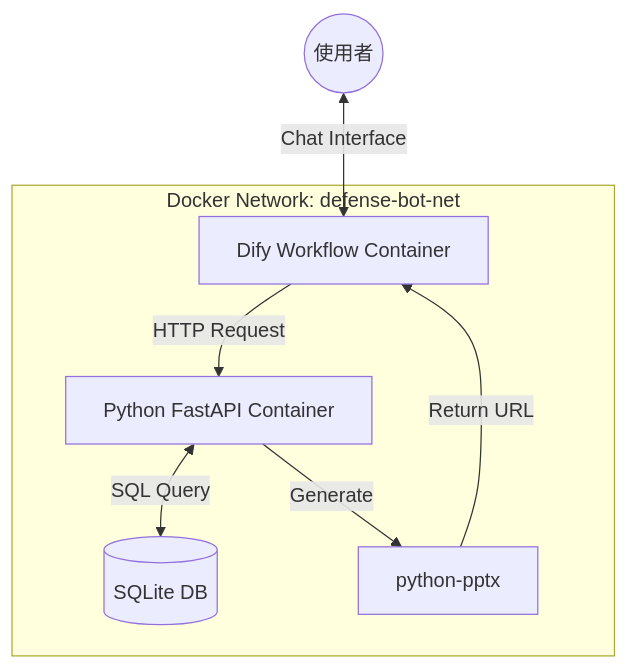
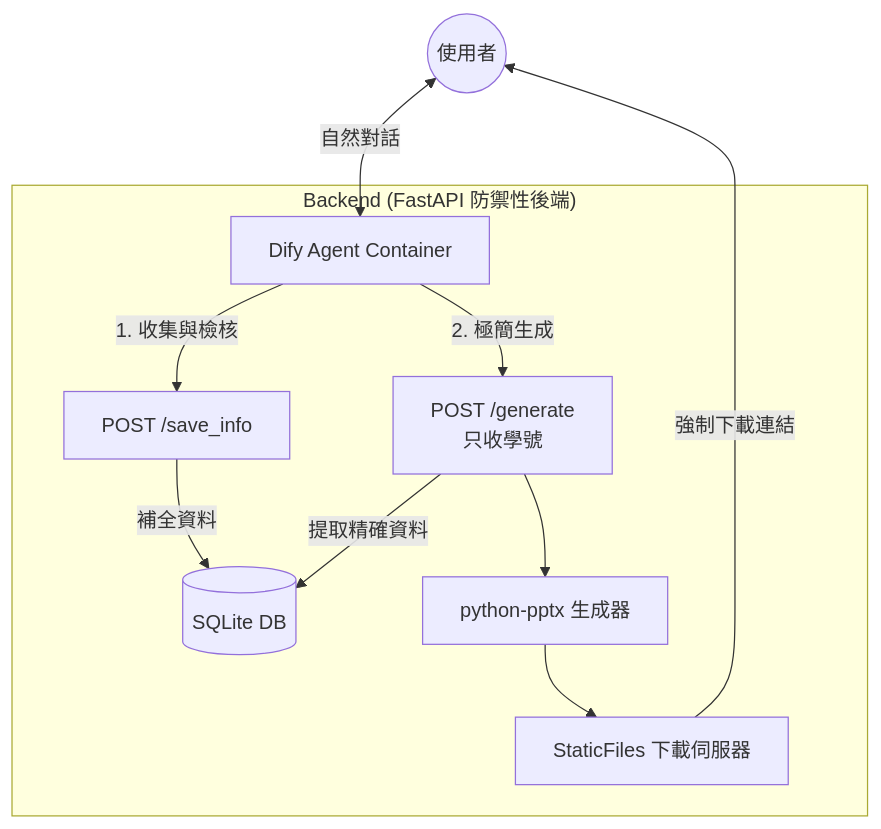
The diagram in README.md (NTUST-Lab-training/defense-bot), drawn with Mermaid before and after one commit. The commit also changed other lines of this file and 2 other files, not shown here.

Commit message:
feat: 更新 API 文件與資料庫模型，新增兩階段防禦性生成流程說明

````diff
--- a/README.md
+++ b/README.md
@@ -30,11 +30,16 @@
 ```mermaid
 graph TD
-    User((使用者)) <-->|Chat Interface| Dify[Dify Workflow Container]
+    User((使用者)) <-->|自然對話| Dify[Dify Agent Container]
     
-    subgraph "Docker Network: defense-bot-net"
-        Dify --HTTP Request--> API[Python FastAPI Container]
-        API <-->|SQL Query| DB[(SQLite DB)]
-        API -->|Generate| PPT[python-pptx]
+    subgraph "Backend (FastAPI 防禦性後端)"
+        Dify --"1. 收集與檢核"--> SaveAPI[POST /save_info]
+        SaveAPI --"補全資料"--> DB[(SQLite DB)]
+        
+        Dify --"2. 極簡生成"--> GenAPI[POST /generate <br/> 只收學號]
+        GenAPI --"提取精確資料"--> DB
+        GenAPI --> PPT[python-pptx 生成器]
+        PPT --> DL[StaticFiles 下載伺服器]
     end
-    PPT -->|Return URL| Dify
+    
+    DL --"強制下載連結"--> User
 ```
````
